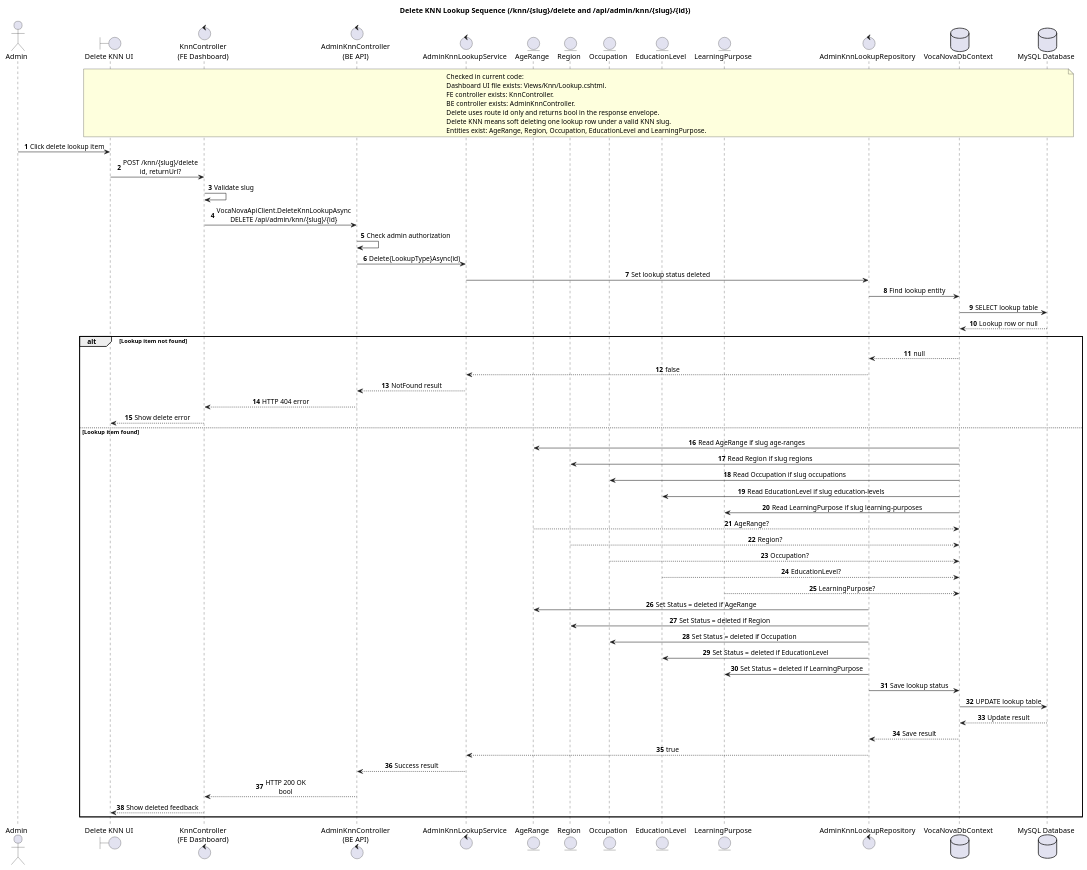
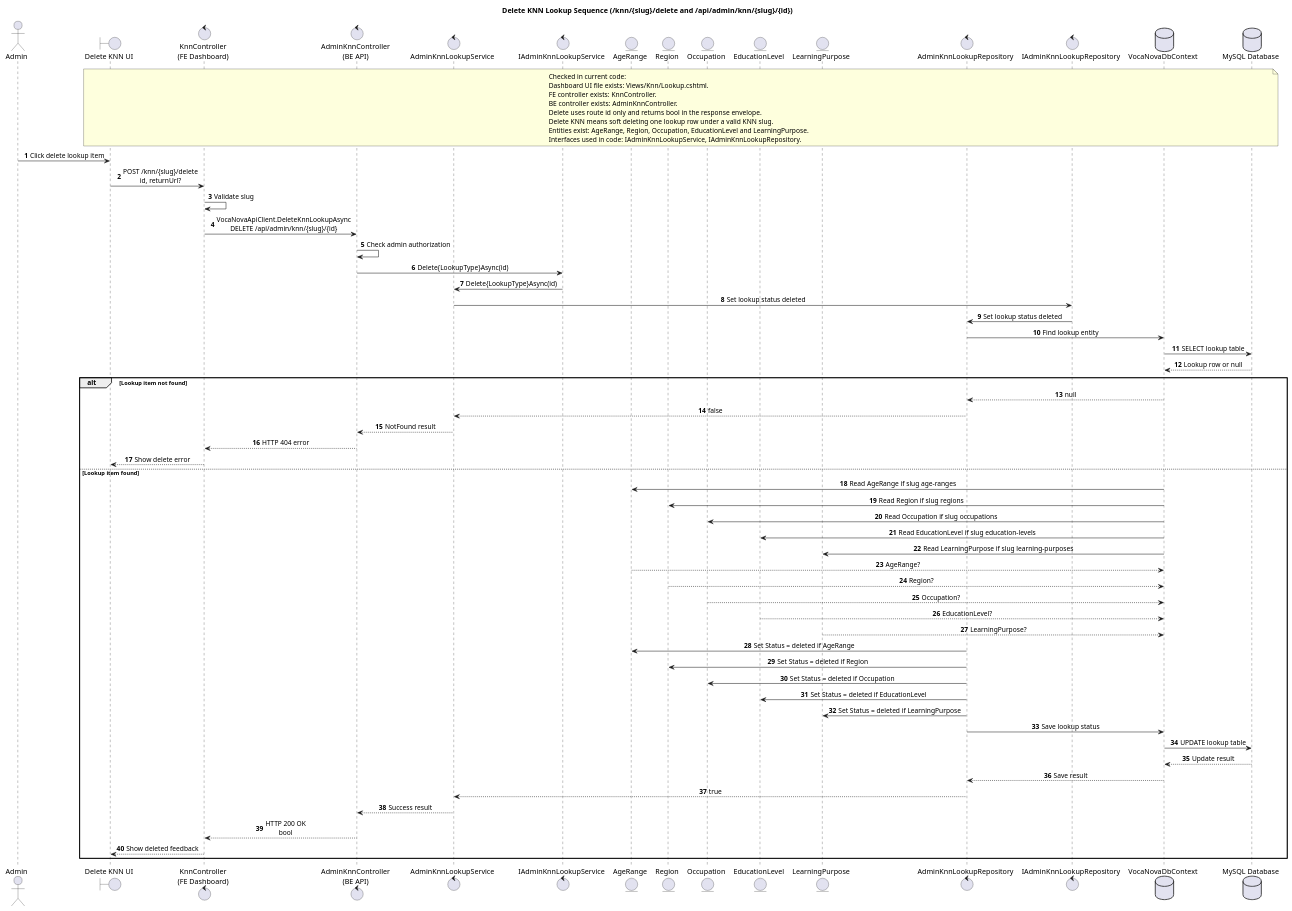
Before and after one commit to thisIsCenx04/VocaNova: the diagram in docs/diagrams/admin-delete-knn-sequence.puml, drawn with PlantUML. The commit also changed 117 other files, not shown here.

```diff
--- a/docs/diagrams/admin-delete-knn-sequence.puml
+++ b/docs/diagrams/admin-delete-knn-sequence.puml
@@ -1,75 +1,80 @@
 @startuml
 title Delete KNN Lookup Sequence (/knn/{slug}/delete and /api/admin/knn/{slug}/{id})
 
 autonumber
 skinparam responseMessageBelowArrow true
 skinparam sequenceMessageAlign center
 
 actor Admin
 boundary "Delete KNN UI" as DeleteKnnUi
 control "KnnController\n(FE Dashboard)" as FeController
 control "AdminKnnController\n(BE API)" as BeController
 control "AdminKnnLookupService" as LookupService
+control "IAdminKnnLookupService" as IAdminKnnLookupService
 entity "AgeRange" as AgeRangeEntity
 entity "Region" as RegionEntity
 entity "Occupation" as OccupationEntity
 entity "EducationLevel" as EducationLevelEntity
 entity "LearningPurpose" as LearningPurposeEntity
 control "AdminKnnLookupRepository" as LookupRepository
+control "IAdminKnnLookupRepository" as IAdminKnnLookupRepository
 database "VocaNovaDbContext" as DbContext
 database "MySQL Database" as MySQL
 
 note over DeleteKnnUi, MySQL
 Checked in current code:
 Dashboard UI file exists: Views/Knn/Lookup.cshtml.
 FE controller exists: KnnController.
 BE controller exists: AdminKnnController.
 Delete uses route id only and returns bool in the response envelope.
 Delete KNN means soft deleting one lookup row under a valid KNN slug.
 Entities exist: AgeRange, Region, Occupation, EducationLevel and LearningPurpose.
+Interfaces used in code: IAdminKnnLookupService, IAdminKnnLookupRepository.
 end note
 
 Admin -> DeleteKnnUi: Click delete lookup item
 DeleteKnnUi -> FeController: POST /knn/{slug}/delete\nid, returnUrl?
 FeController -> FeController: Validate slug
 FeController -> BeController: VocaNovaApiClient.DeleteKnnLookupAsync\nDELETE /api/admin/knn/{slug}/{id}
 BeController -> BeController: Check admin authorization
-BeController -> LookupService: Delete{LookupType}Async(id)
-LookupService -> LookupRepository: Set lookup status deleted
+BeController -> IAdminKnnLookupService: Delete{LookupType}Async(id)
+IAdminKnnLookupService -> LookupService: Delete{LookupType}Async(id)
+LookupService -> IAdminKnnLookupRepository: Set lookup status deleted
+IAdminKnnLookupRepository -> LookupRepository: Set lookup status deleted
 LookupRepository -> DbContext: Find lookup entity
 DbContext -> MySQL: SELECT lookup table
 MySQL --> DbContext: Lookup row or null
 
 alt Lookup item not found
     DbContext --> LookupRepository: null
     LookupRepository --> LookupService: false
     LookupService --> BeController: NotFound result
     BeController --> FeController: HTTP 404 error
     FeController --> DeleteKnnUi: Show delete error
 else Lookup item found
     DbContext -> AgeRangeEntity: Read AgeRange if slug age-ranges
     DbContext -> RegionEntity: Read Region if slug regions
     DbContext -> OccupationEntity: Read Occupation if slug occupations
     DbContext -> EducationLevelEntity: Read EducationLevel if slug education-levels
     DbContext -> LearningPurposeEntity: Read LearningPurpose if slug learning-purposes
     AgeRangeEntity --> DbContext: AgeRange?
     RegionEntity --> DbContext: Region?
     OccupationEntity --> DbContext: Occupation?
     EducationLevelEntity --> DbContext: EducationLevel?
     LearningPurposeEntity --> DbContext: LearningPurpose?
     LookupRepository -> AgeRangeEntity: Set Status = deleted if AgeRange
     LookupRepository -> RegionEntity: Set Status = deleted if Region
     LookupRepository -> OccupationEntity: Set Status = deleted if Occupation
     LookupRepository -> EducationLevelEntity: Set Status = deleted if EducationLevel
     LookupRepository -> LearningPurposeEntity: Set Status = deleted if LearningPurpose
     LookupRepository -> DbContext: Save lookup status
     DbContext -> MySQL: UPDATE lookup table
     MySQL --> DbContext: Update result
     DbContext --> LookupRepository: Save result
     LookupRepository --> LookupService: true
     LookupService --> BeController: Success result
     BeController --> FeController: HTTP 200 OK\nbool
     FeController --> DeleteKnnUi: Show deleted feedback
 end
 
 @enduml
```
